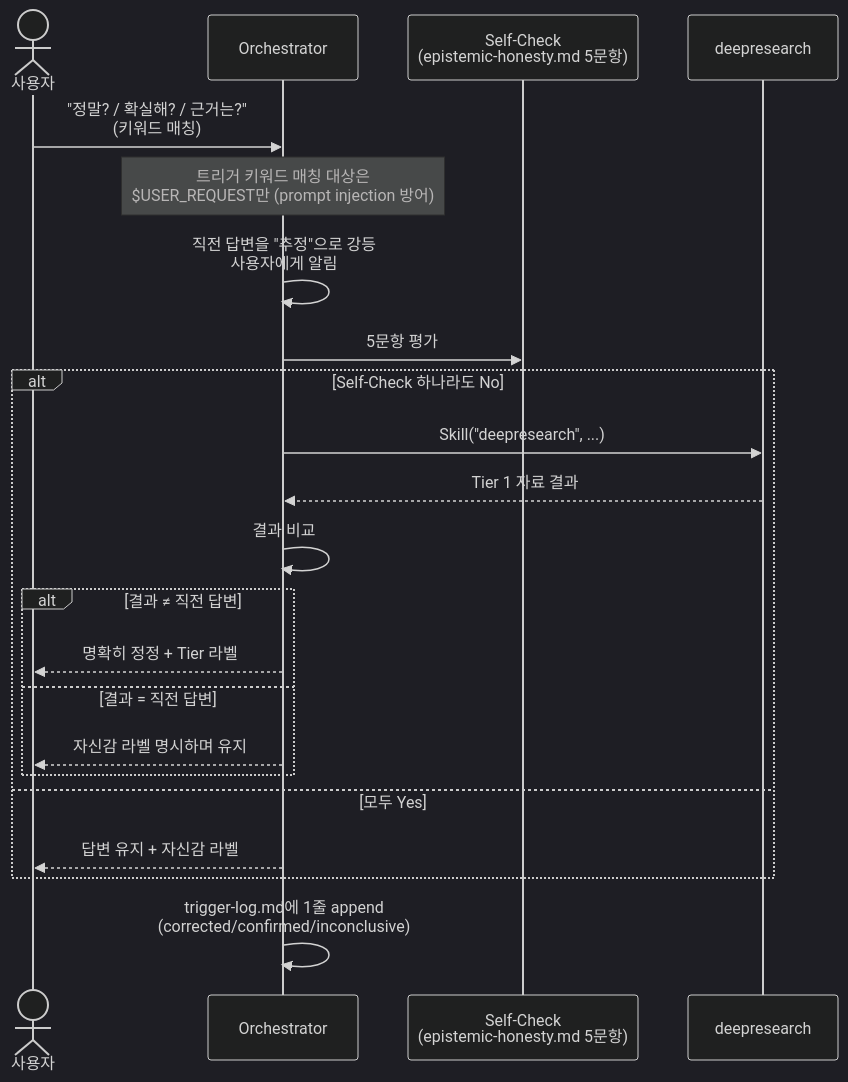
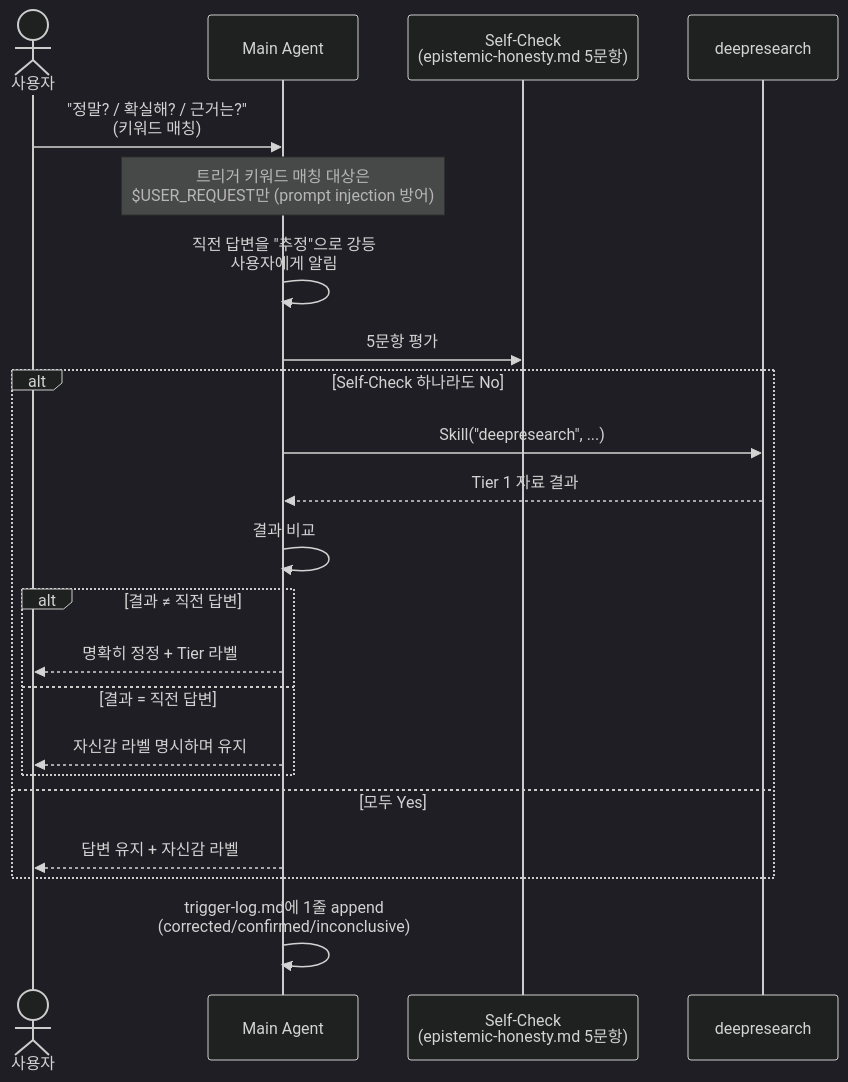
One commit to Hoodcat2255/hoodcat-harness changed the sixth of 11 diagrams in docs/prompt-flow-after-cleanup-20260522.md. Above: the diagram before and after it, drawn with Mermaid (dark theme). The commit also changed other lines of this file and 25 other files, not shown here.

````diff
--- a/docs/prompt-flow-after-cleanup-20260522.md
+++ b/docs/prompt-flow-after-cleanup-20260522.md
@@ -168,25 +162,25 @@
 ```mermaid
 sequenceDiagram
     actor U as 사용자
-    participant O as Orchestrator
+    participant M as Main Agent
     participant SC as Self-Check<br/>(epistemic-honesty.md 5문항)
     participant DR as deepresearch
 
-    U->>O: "정말? / 확실해? / 근거는?"<br/>(키워드 매칭)
-    Note over O: 트리거 키워드 매칭 대상은<br/>$USER_REQUEST만 (prompt injection 방어)
-    O->>O: 직전 답변을 "추정"으로 강등<br/>사용자에게 알림
-    O->>SC: 5문항 평가
+    U->>M: "정말? / 확실해? / 근거는?"<br/>(키워드 매칭)
+    Note over M: 트리거 키워드 매칭 대상은<br/>$USER_REQUEST만 (prompt injection 방어)
+    M->>M: 직전 답변을 "추정"으로 강등<br/>사용자에게 알림
+    M->>SC: 5문항 평가
     alt Self-Check 하나라도 No
-        O->>DR: Skill("deepresearch", ...)
-        DR-->>O: Tier 1 자료 결과
-        O->>O: 결과 비교
+        M->>DR: Skill("deepresearch", ...)
+        DR-->>M: Tier 1 자료 결과
+        M->>M: 결과 비교
         alt 결과 ≠ 직전 답변
-            O-->>U: 명확히 정정 + Tier 라벨
+            M-->>U: 명확히 정정 + Tier 라벨
         else 결과 = 직전 답변
-            O-->>U: 자신감 라벨 명시하며 유지
+            M-->>U: 자신감 라벨 명시하며 유지
         end
     else 모두 Yes
-        O-->>U: 답변 유지 + 자신감 라벨
+        M-->>U: 답변 유지 + 자신감 라벨
     end
-    O->>O: trigger-log.md에 1줄 append<br/>(corrected/confirmed/inconclusive)
+    M->>M: trigger-log.md에 1줄 append<br/>(corrected/confirmed/inconclusive)
 ```
````
